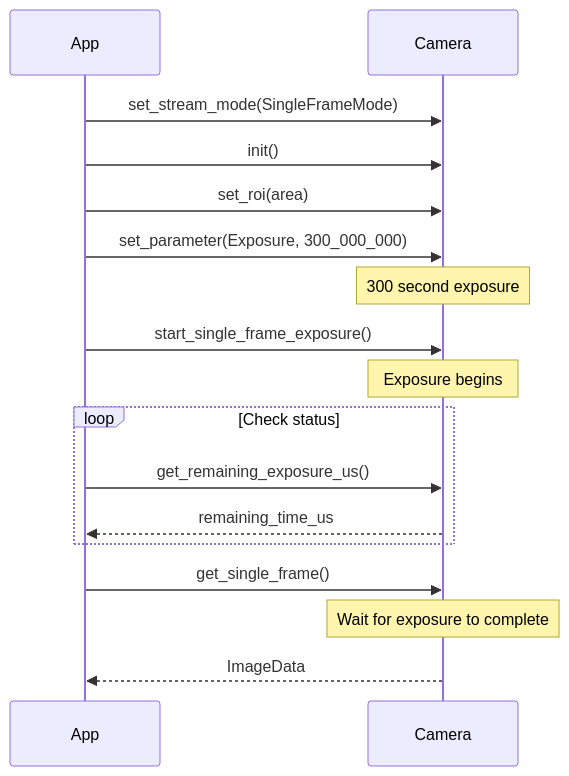
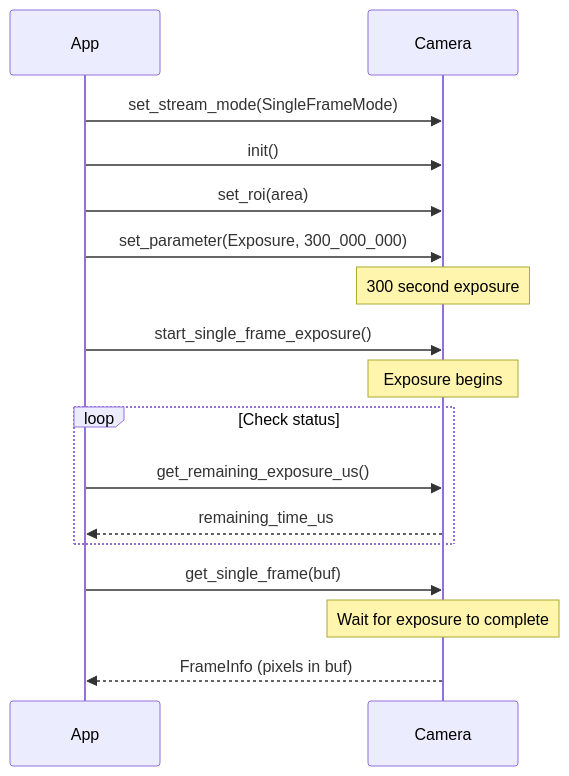
One commit to ivonnyssen/rusty-photon changed diagram 16 of 19 in crates/qhyccd-rs/docs/qhyccd-rs.md. Above: the diagram before and after it, drawn with Mermaid. The commit also changed other lines of this file and 2 other files, not shown here.

First line of the commit message:
docs(qhyccd-rs): document Phase 5 (module consolidation + caller-owned frame buffer)

````diff
--- a/crates/qhyccd-rs/docs/qhyccd-rs.md
+++ b/crates/qhyccd-rs/docs/qhyccd-rs.md
@@ -866,23 +865,23 @@
 ```mermaid
 sequenceDiagram
     participant App
     participant Camera
 
     App->>Camera: set_stream_mode(SingleFrameMode)
     App->>Camera: init()
     App->>Camera: set_roi(area)
     App->>Camera: set_parameter(Exposure, 300_000_000)
     Note over Camera: 300 second exposure
 
     App->>Camera: start_single_frame_exposure()
     Note over Camera: Exposure begins
 
     loop Check status
         App->>Camera: get_remaining_exposure_us()
         Camera-->>App: remaining_time_us
     end
 
-    App->>Camera: get_single_frame()
+    App->>Camera: get_single_frame(buf)
     Note over Camera: Wait for exposure to complete
-    Camera-->>App: ImageData
+    Camera-->>App: FrameInfo (pixels in buf)
 ```
````
